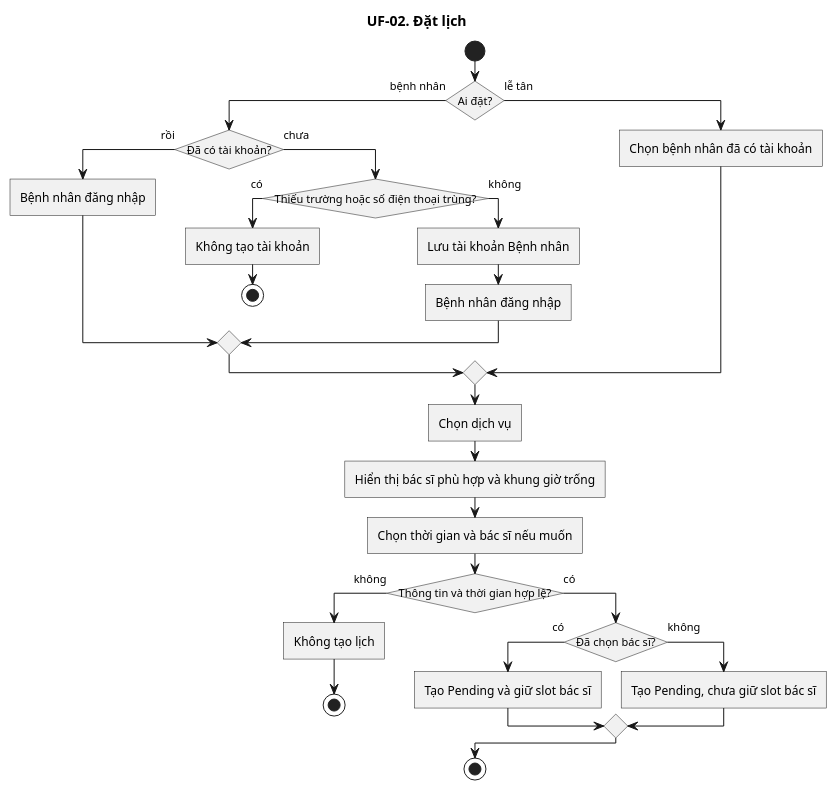
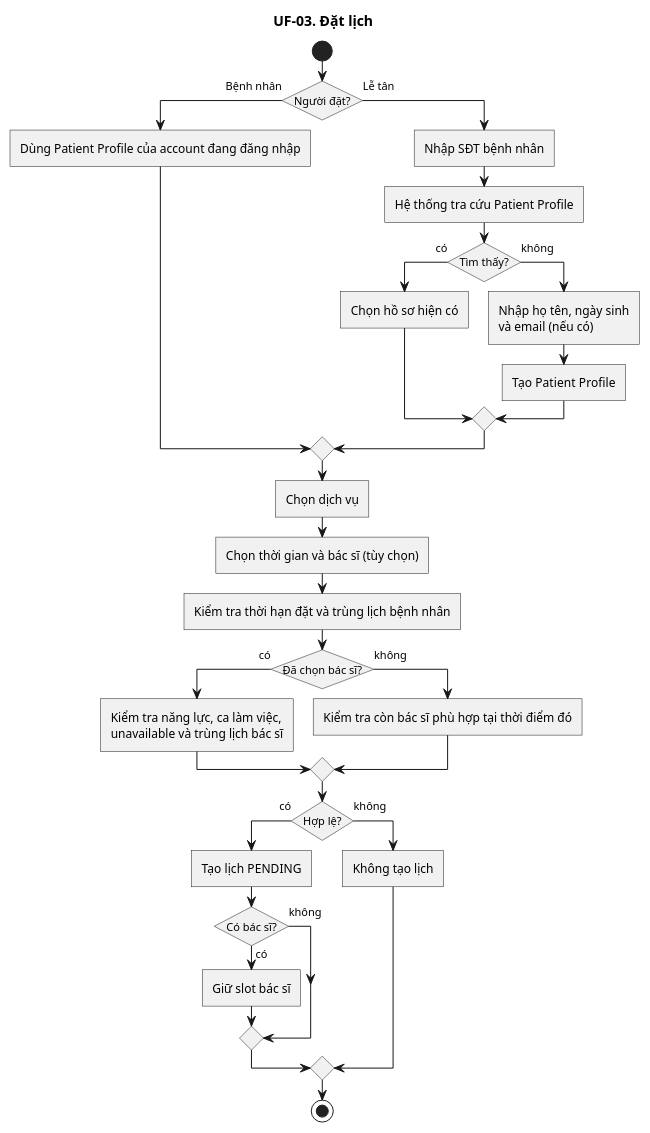
One commit to KhaVan-oi/ViClinic changed the diagram in doc/user-flow/03-dat-lich.puml. Above: the diagram before and after it, drawn with PlantUML. The commit also changed 26 other files, not shown here.

```diff
--- a/doc/user-flow/03-dat-lich.puml
+++ b/doc/user-flow/03-dat-lich.puml
@@ -1,39 +1,43 @@
 @startuml
-title UF-02. Đặt lịch
+title UF-03. Đặt lịch
+
 skinparam linetype ortho
 skinparam shadowing false
 skinparam roundcorner 0
 skinparam conditionStyle InsideDiamond
 skinparam conditionEndStyle diamond
 
 start
-if (Ai đặt?) then (bệnh nhân)
-  if (Đã có tài khoản?) then (rồi)
-    :Bệnh nhân đăng nhập;
-  else (chưa)
-    if (Thiếu trường hoặc số điện thoại trùng?) then (có)
-      :Không tạo tài khoản;
-      stop
-    else (không)
-      :Lưu tài khoản Bệnh nhân;
-      :Bệnh nhân đăng nhập;
-    endif
+if (Người đặt?) then (Bệnh nhân)
+  :Dùng Patient Profile của account đang đăng nhập;
+else (Lễ tân)
+  :Nhập SĐT bệnh nhân;
+  :Hệ thống tra cứu Patient Profile;
+  if (Tìm thấy?) then (có)
+    :Chọn hồ sơ hiện có;
+  else (không)
+    :Nhập họ tên, ngày sinh
+và email (nếu có);
+    :Tạo Patient Profile;
   endif
-else (lễ tân)
-  :Chọn bệnh nhân đã có tài khoản;
 endif
 :Chọn dịch vụ;
-:Hiển thị bác sĩ phù hợp và khung giờ trống;
-:Chọn thời gian và bác sĩ nếu muốn;
-if (Thông tin và thời gian hợp lệ?) then (không)
+:Chọn thời gian và bác sĩ (tùy chọn);
+:Kiểm tra thời hạn đặt và trùng lịch bệnh nhân;
+if (Đã chọn bác sĩ?) then (có)
+  :Kiểm tra năng lực, ca làm việc,
+unavailable và trùng lịch bác sĩ;
+else (không)
+  :Kiểm tra còn bác sĩ phù hợp tại thời điểm đó;
+endif
+if (Hợp lệ?) then (có)
+  :Tạo lịch PENDING;
+  if (Có bác sĩ?) then (có)
+    :Giữ slot bác sĩ;
+  else (không)
+  endif
+else (không)
   :Không tạo lịch;
-  stop
-else (có)
-  if (Đã chọn bác sĩ?) then (có)
-    :Tạo Pending và giữ slot bác sĩ;
-  else (không)
-    :Tạo Pending, chưa giữ slot bác sĩ;
-  endif
 endif
 stop
 @enduml
```
